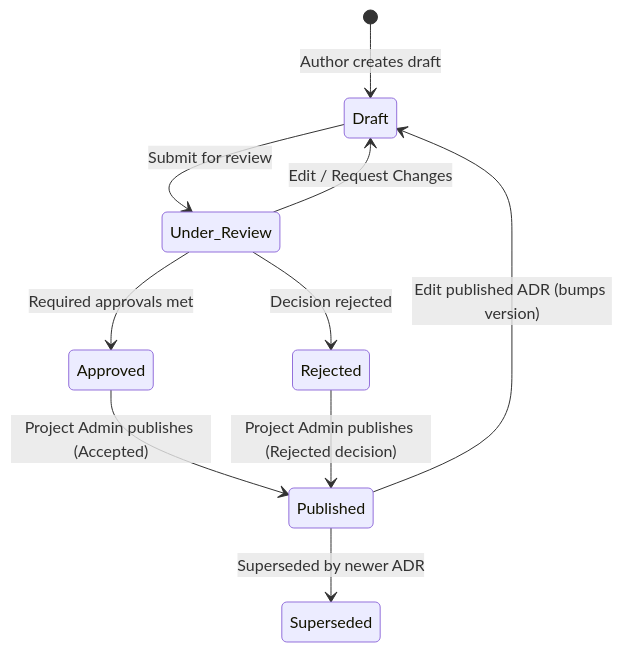
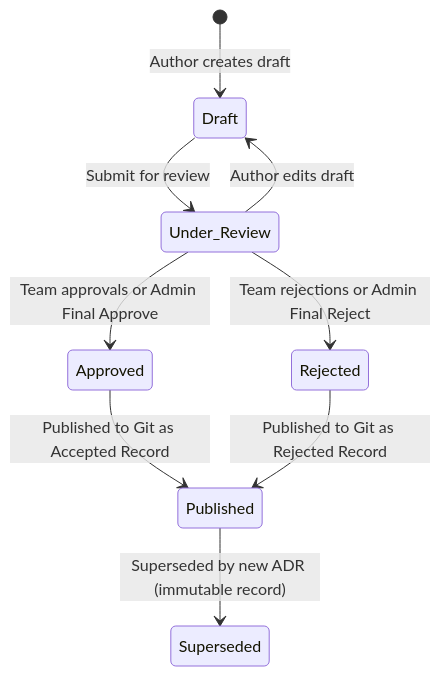
Before and after one commit to likhithkanigolla/decyra: the diagram in docs/USER_MANUAL.md, drawn with Mermaid. The commit also changed other lines of this file and 1 other file, not shown here.

Commit message:
docs: update documentation and user manual to reflect new review, graph, and navigation features

````diff
--- a/docs/USER_MANUAL.md
+++ b/docs/USER_MANUAL.md
@@ -197,12 +210,11 @@
 ```mermaid
 stateDiagram-v2
     [*] --> Draft: Author creates draft
     Draft --> Under_Review: Submit for review
-    Under_Review --> Draft: Edit / Request Changes
-    Under_Review --> Approved: Required approvals met
-    Approved --> Published: Project Admin publishes (Accepted)
-    Under_Review --> Rejected: Decision rejected
-    Rejected --> Published: Project Admin publishes (Rejected decision)
-    Published --> Draft: Edit published ADR (bumps version)
-    Published --> Superseded: Superseded by newer ADR
+    Under_Review --> Draft: Author edits draft
+    Under_Review --> Approved: Team approvals or Admin Final Approve
+    Under_Review --> Rejected: Team rejections or Admin Final Reject
+    Approved --> Published: Published to Git as Accepted Record
+    Rejected --> Published: Published to Git as Rejected Record
+    Published --> Superseded: Superseded by new ADR (immutable record)
 ```
````
